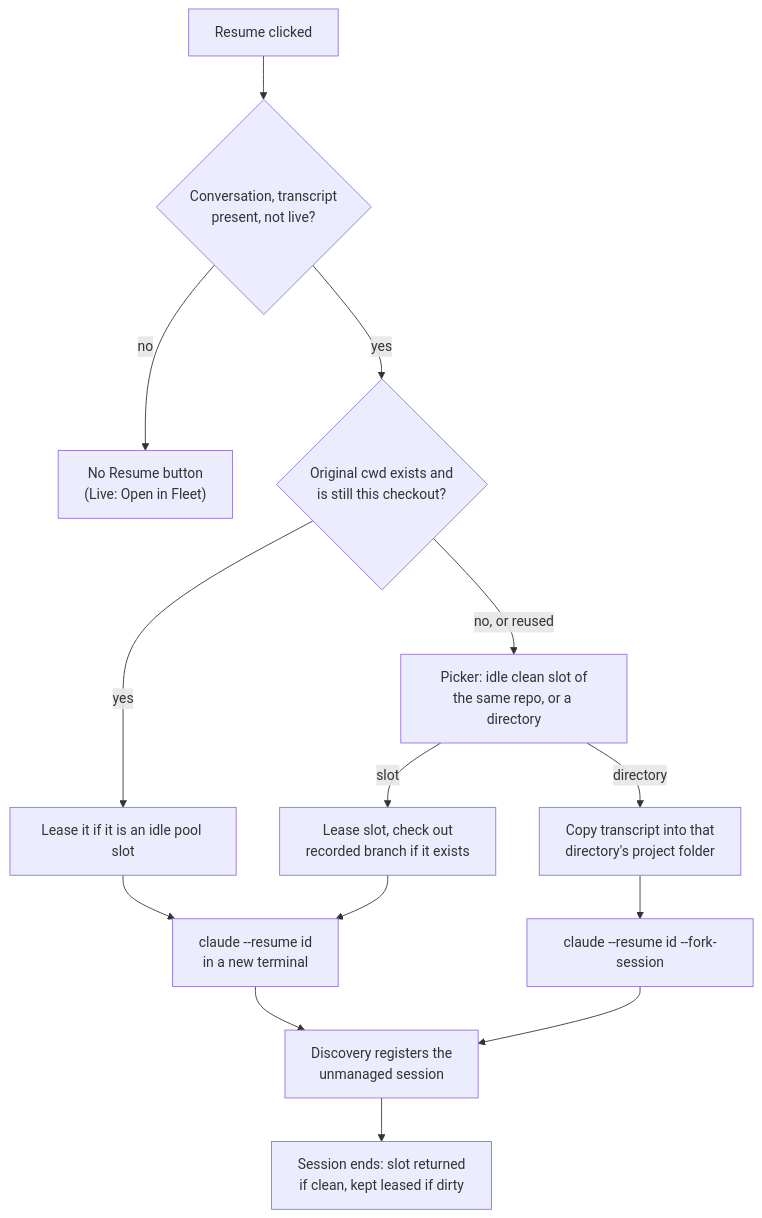
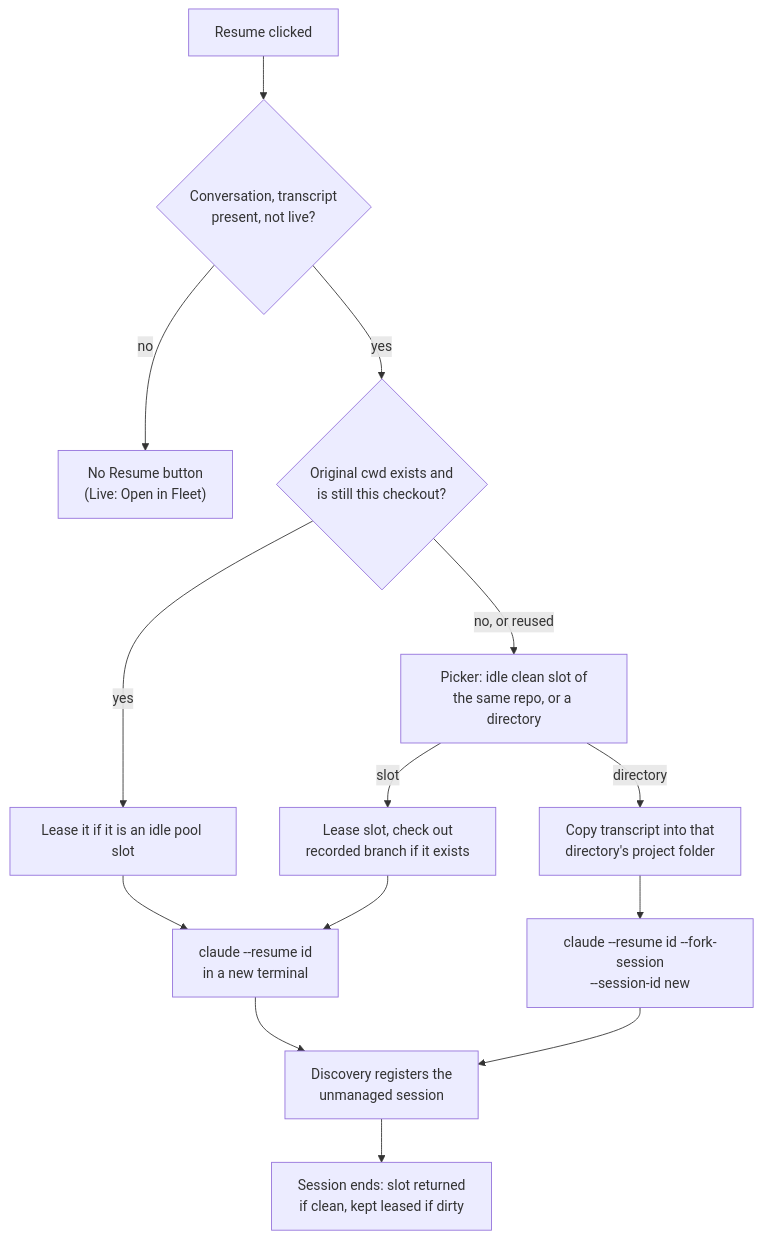
One commit to ramiro314/mission-control changed the second of 2 diagrams in docs/plans/session-history/plan.md. Above: the diagram before and after it, drawn with Mermaid. The commit also changed other lines of this file, not shown here.

First line of the commit message:
docs(plans): close the Session History feasibility gaps

````diff
--- a/docs/plans/session-history/plan.md
+++ b/docs/plans/session-history/plan.md
@@ -348,13 +367,13 @@
 ```mermaid
 flowchart TD
   R["Resume clicked"] --> E{"Conversation, transcript\npresent, not live?"}
   E -- no --> X["No Resume button\n(Live: Open in Fleet)"]
   E -- yes --> O{"Original cwd exists and\nis still this checkout?"}
   O -- yes --> L1["Lease it if it is an idle pool slot"] --> RUN
   O -- "no, or reused" --> P["Picker: idle clean slot of\nthe same repo, or a directory"]
   P -- slot --> S["Lease slot, check out\nrecorded branch if it exists"] --> RUN
-  P -- directory --> C["Copy transcript into that\ndirectory's project folder"] --> F["claude --resume id --fork-session"]
+  P -- directory --> C["Copy transcript into that\ndirectory's project folder"] --> F["claude --resume id --fork-session\n--session-id new"]
   RUN["claude --resume id\nin a new terminal"] --> D["Discovery registers the\nunmanaged session"]
   F --> D
   D --> END["Session ends: slot returned\nif clean, kept leased if dirty"]
 ```
````
